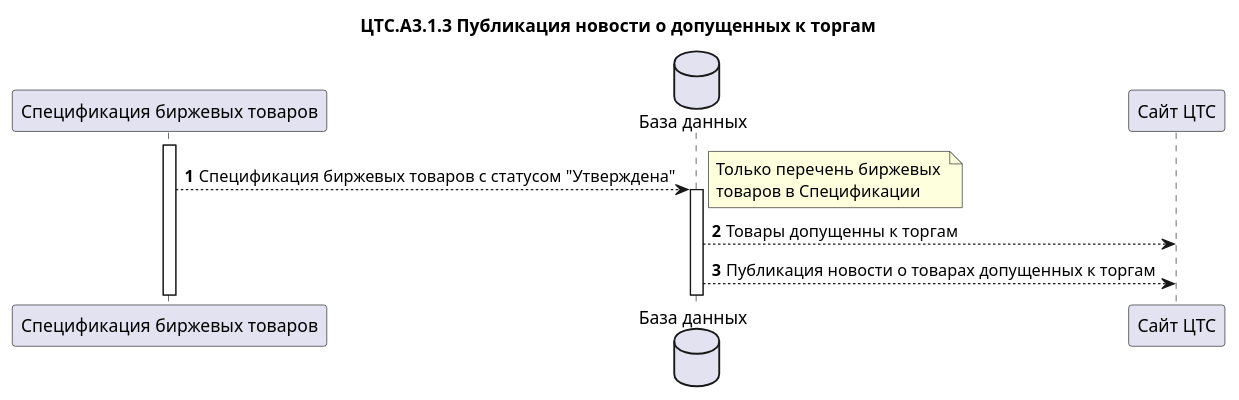
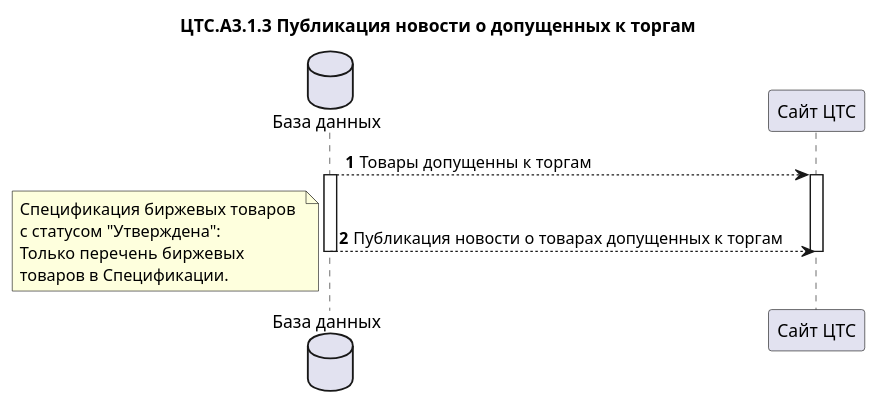
The diagram in Project solutions/БП. Диаграммы/A3.Управление Каталогом ТРУ/А3.1 Допуск товара к торгам/ЦТС.А3.1.5 Публикация новости о допущенных к торгам.wsd (moaxmoaxpxrf4jag/CTS.Documentation), drawn with PlantUML before and after one commit. The commit also changed 2 other files, not shown here.

```diff
--- a/Project solutions/БП. Диаграммы/A3.Управление Каталогом ТРУ/А3.1 Допуск товара к торгам/ЦТС.А3.1.5 Публикация новости о допущенных к торгам.wsd
+++ b/Project solutions/БП. Диаграммы/A3.Управление Каталогом ТРУ/А3.1 Допуск товара к торгам/ЦТС.А3.1.5 Публикация новости о допущенных к торгам.wsd
@@ -1,20 +1,24 @@
 @startuml ЦТС.А3.1 Допуск товара к торгам"
 title "ЦТС.А3.1.3 Публикация новости о допущенных к торгам"
-participant "Спецификация биржевых товаров" as Specification
+
 database "База данных" as DataBase
 participant "Сайт ЦТС" as SiteCTS
 
 autonumber
 
-activate Specification
-Specification-->DataBase: Спецификация биржевых товаров с статусом "Утверждена"
-   note right
+DataBase-->SiteCTS: Товары допущенны к торгам
+activate DataBase
+activate SiteCTS
+DataBase-->SiteCTS: Публикация новости о товарах допущенных к торгам
+deactivate DataBase
+deactivate SiteCTS
+   note left
+        Спецификация биржевых товаров 
+        с статусом "Утверждена":
         Только перечень биржевых 
-        товаров в Спецификации
+        товаров в Спецификации.
     end note
-    activate DataBase
-DataBase-->SiteCTS: Товары допущенны к торгам
-DataBase-->SiteCTS: Публикация новости о товарах допущенных к торгам
+
 /'Придумать текст новости???'/
 
 @enduml
```
